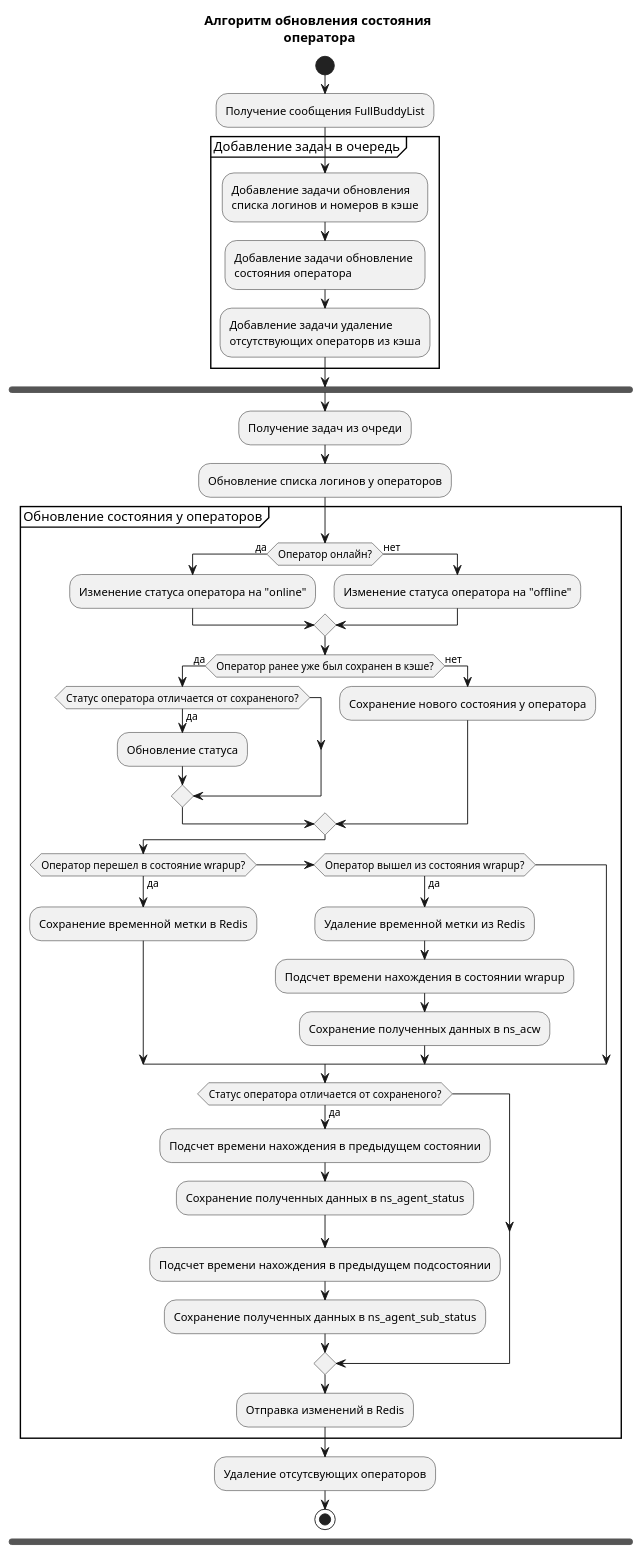
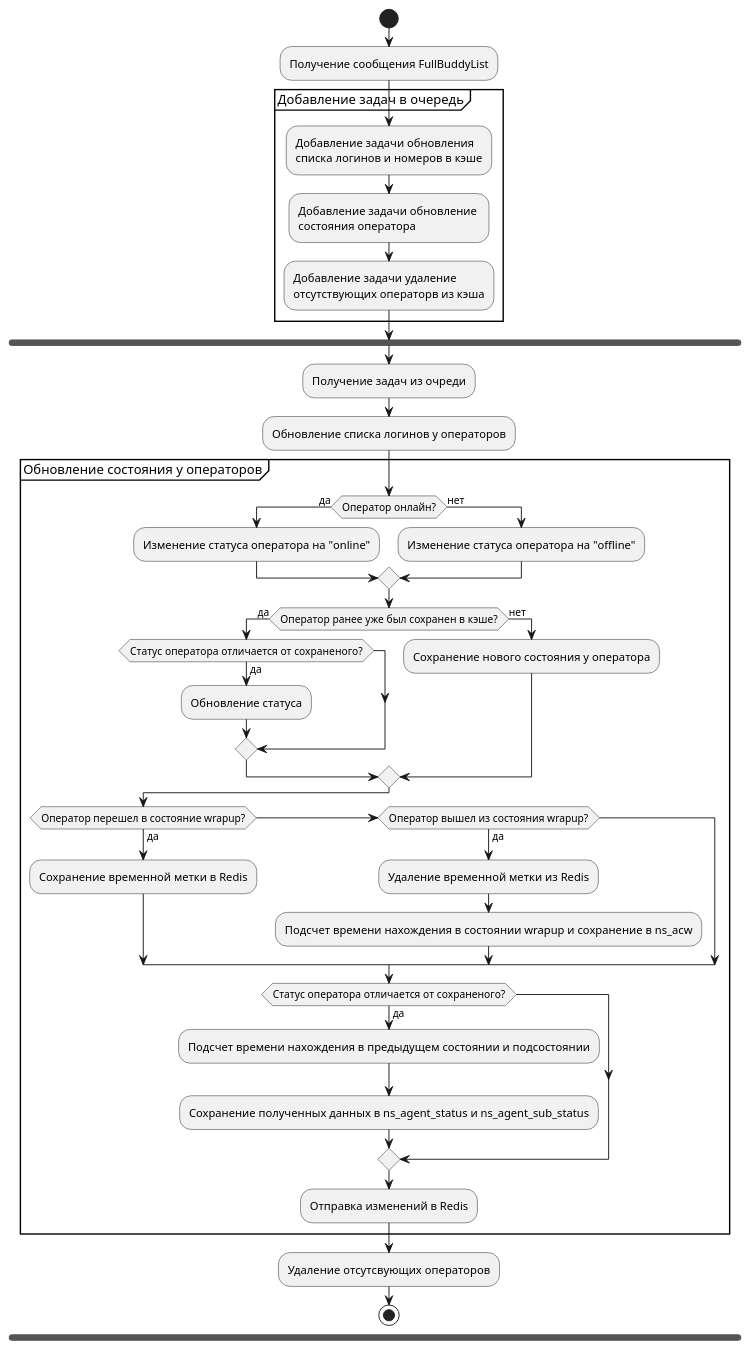
One commit to Delorus/vkr changed the diagram in diagram/update_agent.puml. Above: the diagram before and after it, drawn with PlantUML. The commit also changed 9 other files, not shown here.

```diff
--- a/diagram/update_agent.puml
+++ b/diagram/update_agent.puml
@@ -1,56 +1,56 @@
 @startuml
-title Алгоритм обновления состояния \nоператора
+
+skinparam {
+    monochrome true
+}
 
 start
 
 :Получение сообщения FullBuddyList;
 
 partition "Добавление задач в очередь" {
     :Добавление задачи обновления \nсписка логинов и номеров в кэше;
     :Добавление задачи обновление \nсостояния оператора;
     :Добавление задачи удаление \nотсутствующих операторв из кэша;
 }
 
 fork
 :Получение задач из очреди;
 
 :Обновление списка логинов у операторов;
 
 partition "Обновление состояния у операторов" {
     if (Оператор онлайн?) then (да)
         :Изменение статуса оператора на "online";
     else (нет)
         :Изменение статуса оператора на "offline";
     endif
     if (Оператор ранее уже был сохранен в кэше?) then (да)
         if (Статус оператора отличается от сохраненого?) then (да)
             :Обновление статуса;
         endif
     else (нет)
         :Сохранение нового состояния у оператора;
     endif
 
     if (Оператор перешел в состояние wrapup?) then (да)
         :Сохранение временной метки в Redis;
     elseif (Оператор вышел из состояния wrapup?) then (да)
         :Удаление временной метки из Redis;
-        :Подсчет времени нахождения в состоянии wrapup;
-        :Сохранение полученных данных в ns_acw;
+        :Подсчет времени нахождения в состоянии wrapup и сохранение в ns_acw;
     endif
 
     if (Статус оператора отличается от сохраненого?) then (да)
-        :Подсчет времени нахождения в предыдущем состоянии;
-        :Сохранение полученных данных в ns_agent_status;
-        :Подсчет времени нахождения в предыдущем подсостоянии;
-        :Сохранение полученных данных в ns_agent_sub_status;
+        :Подсчет времени нахождения в предыдущем состоянии и подсостоянии;
+        :Сохранение полученных данных в ns_agent_status и ns_agent_sub_status;
     endif
 
     :Отправка изменений в Redis;
 }
 
 :Удаление отсутсвующих операторов;
 
 stop
 
 
 @enduml
```
